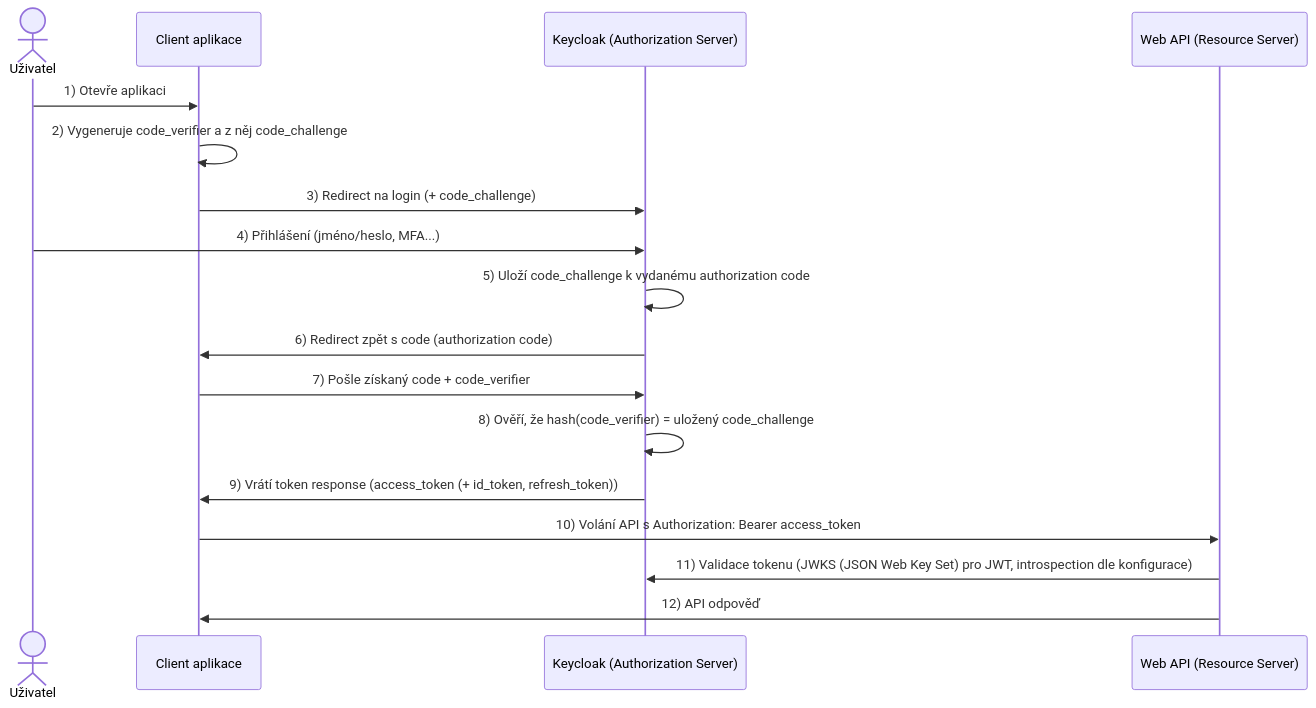
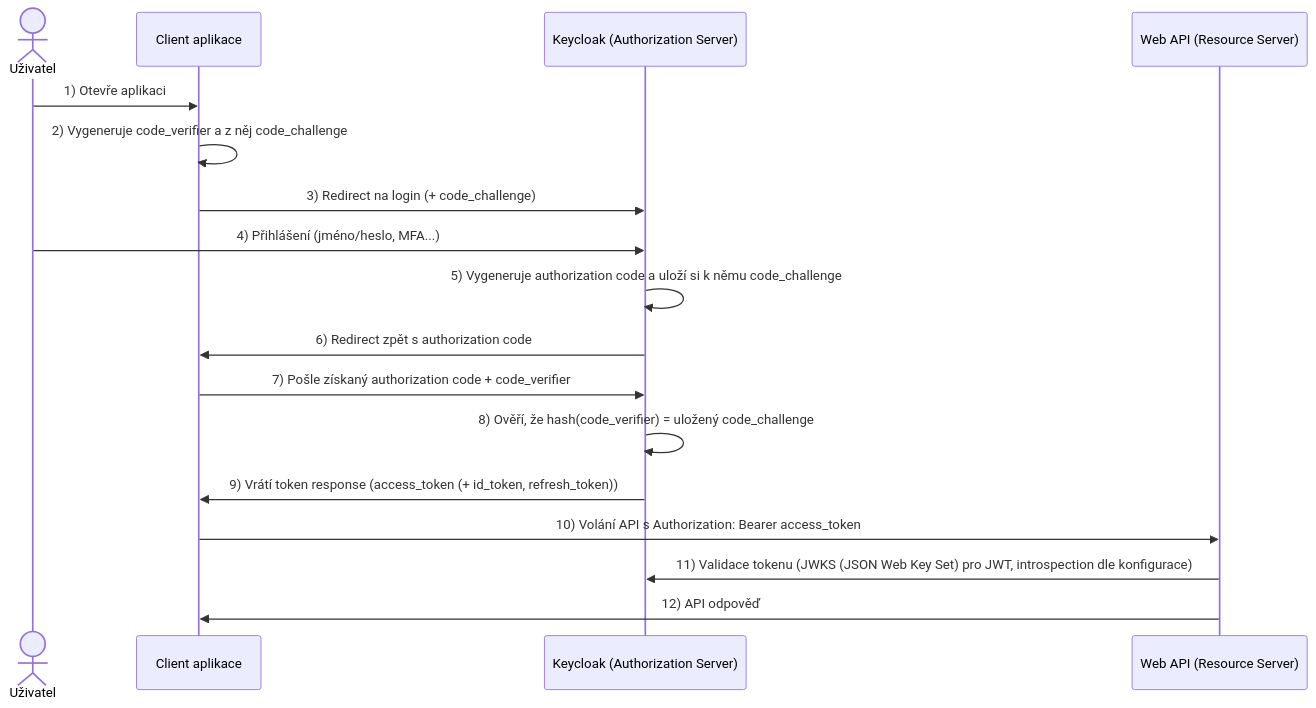
One commit to ekral/FAI changed the diagram in AF/notebooks/08_authentication_authorization.md. Above: the diagram before and after it, drawn with Mermaid. The commit also changed other lines of this file and 2 other files, not shown here.

````diff
--- a/AF/notebooks/08_authentication_authorization.md
+++ b/AF/notebooks/08_authentication_authorization.md
@@ -49,20 +42,20 @@
 ```mermaid
 sequenceDiagram
 		actor U as Uživatel
 		participant C as Client aplikace
 		participant K as Keycloak (Authorization Server)
 		participant A as Web API (Resource Server)
 
 		U->>C: 1) Otevře aplikaci
 		C->>C: 2) Vygeneruje code_verifier a z něj code_challenge
 		C->>K: 3) Redirect na login (+ code_challenge)
 		U->>K: 4) Přihlášení (jméno/heslo, MFA...)
-		K->>K: 5) Uloží code_challenge k vydanému authorization code
-		K->>C: 6) Redirect zpět s code (authorization code)
-		C->>K: 7) Pošle získaný code + code_verifier
+		K->>K: 5) Vygeneruje authorization code a uloží si k němu code_challenge
+		K->>C: 6) Redirect zpět s authorization code
+		C->>K: 7) Pošle získaný authorization code + code_verifier
 		K->>K: 8) Ověří, že hash(code_verifier) = uložený code_challenge
 		K->>C: 9) Vrátí token response (access_token (+ id_token, refresh_token))
 		C->>A: 10) Volání API s Authorization: Bearer access_token
 		A->>K: 11) Validace tokenu (JWKS (JSON Web Key Set) pro JWT, introspection dle konfigurace)
 		A->>C: 12) API odpověď
 ```
````
